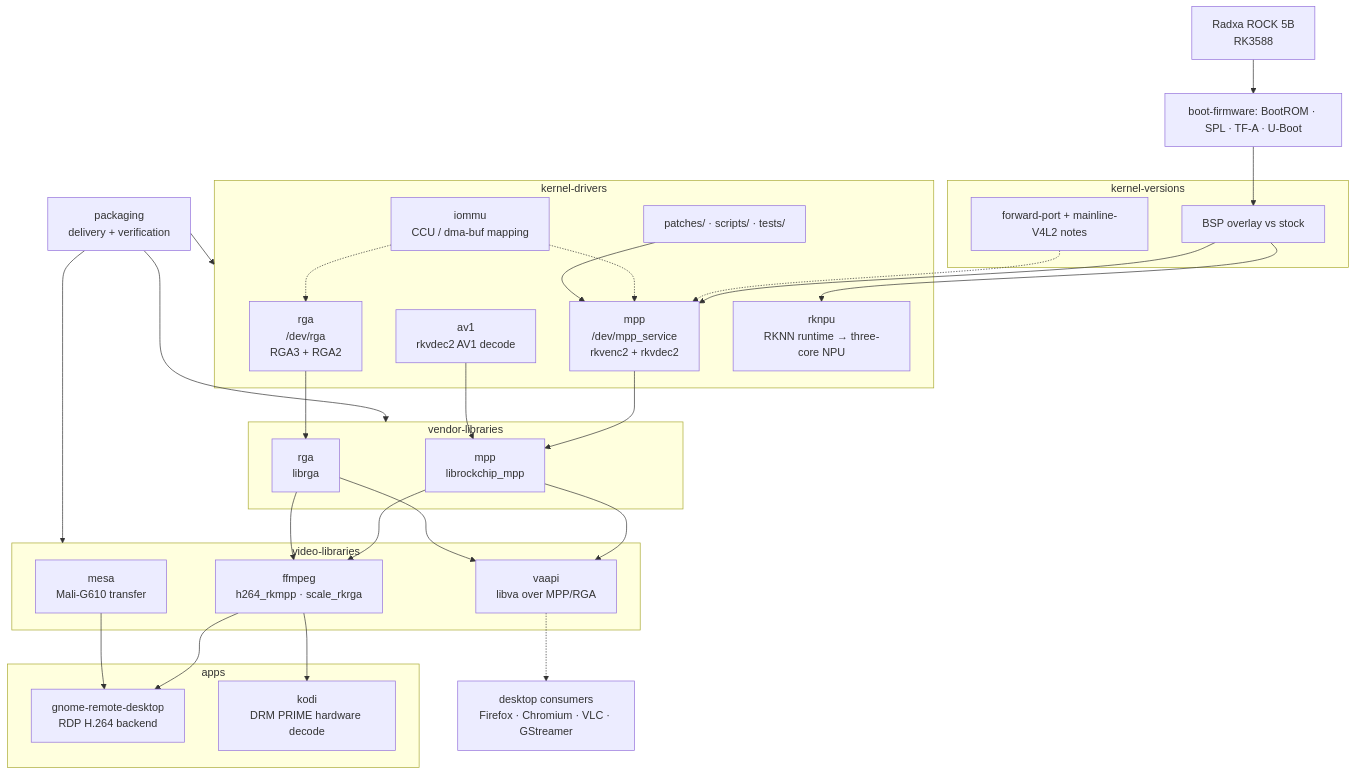
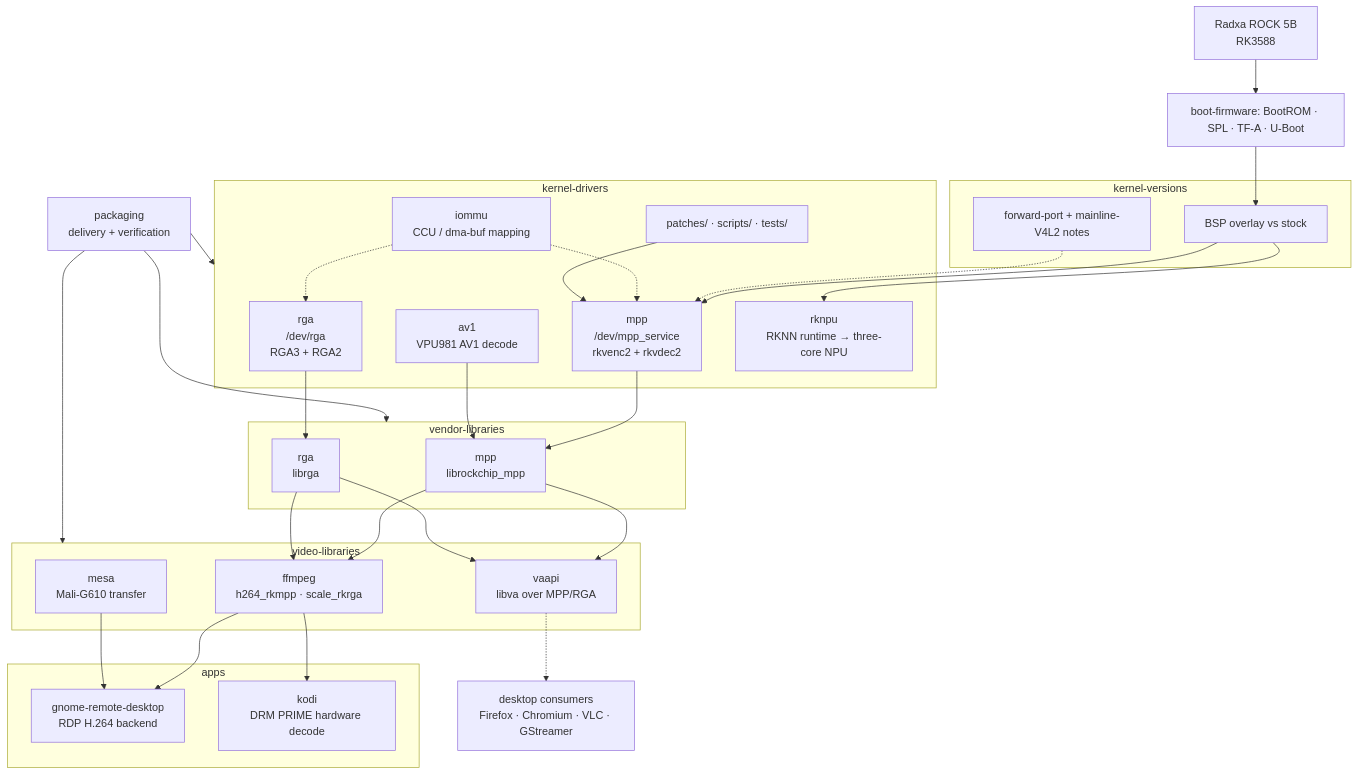
One commit to yisding/rock-5b-ysp changed the diagram in docs/work-packages.md. Above: the diagram before and after it, drawn with Mermaid. The commit also changed other lines of this file and 62 other files, not shown here.

Commit message:
media: refresh rewrite architecture and recovery evidence

````diff
--- a/docs/work-packages.md
+++ b/docs/work-packages.md
@@ -29,57 +29,57 @@
 ```mermaid
 flowchart TB
   board["Radxa ROCK 5B<br/>RK3588"]
   boot["boot-firmware: BootROM · SPL · TF-A · U-Boot"]
 
   subgraph kver["kernel-versions"]
     bsp["BSP overlay vs stock"]
     fport["forward-port + mainline-V4L2 notes"]
   end
 
   subgraph kernel["kernel-drivers"]
     mpp["mpp<br/>/dev/mpp_service<br/>rkvenc2 + rkvdec2"]
     rga["rga<br/>/dev/rga<br/>RGA3 + RGA2"]
-    av1["av1<br/>rkvdec2 AV1 decode"]
+    av1["av1<br/>VPU981 AV1 decode"]
     iommu["iommu<br/>CCU / dma-buf mapping"]
     rknpu["rknpu<br/>RKNN runtime → three-core NPU"]
     kart["patches/ · scripts/ · tests/"]
   end
 
   subgraph libs["vendor-libraries"]
     libmpp["mpp<br/>librockchip_mpp"]
     librga["rga<br/>librga"]
   end
 
   subgraph video["video-libraries"]
     ffmpeg["ffmpeg<br/>h264_rkmpp · scale_rkrga"]
     vaapi["vaapi<br/>libva over MPP/RGA"]
     mesa["mesa<br/>Mali-G610 transfer"]
   end
 
   subgraph apps["apps"]
     grd["gnome-remote-desktop<br/>RDP H.264 backend"]
     kodi["kodi<br/>DRM PRIME hardware decode"]
   end
   desktop["desktop consumers<br/>Firefox · Chromium · VLC · GStreamer"]
 
   packaging["packaging<br/>delivery + verification"]
 
   board --> boot --> bsp
   bsp --> mpp
   fport -.-> mpp
   mpp --> libmpp --> ffmpeg --> grd
   ffmpeg --> kodi
   rga --> librga --> ffmpeg
   libmpp --> vaapi
   librga --> vaapi
   vaapi -.-> desktop
   av1 --> libmpp
   bsp --> rknpu
   iommu -.-> mpp
   iommu -.-> rga
   mesa --> grd
   packaging --> kernel
   packaging --> libs
   packaging --> video
   kart --> mpp
 ```
````
